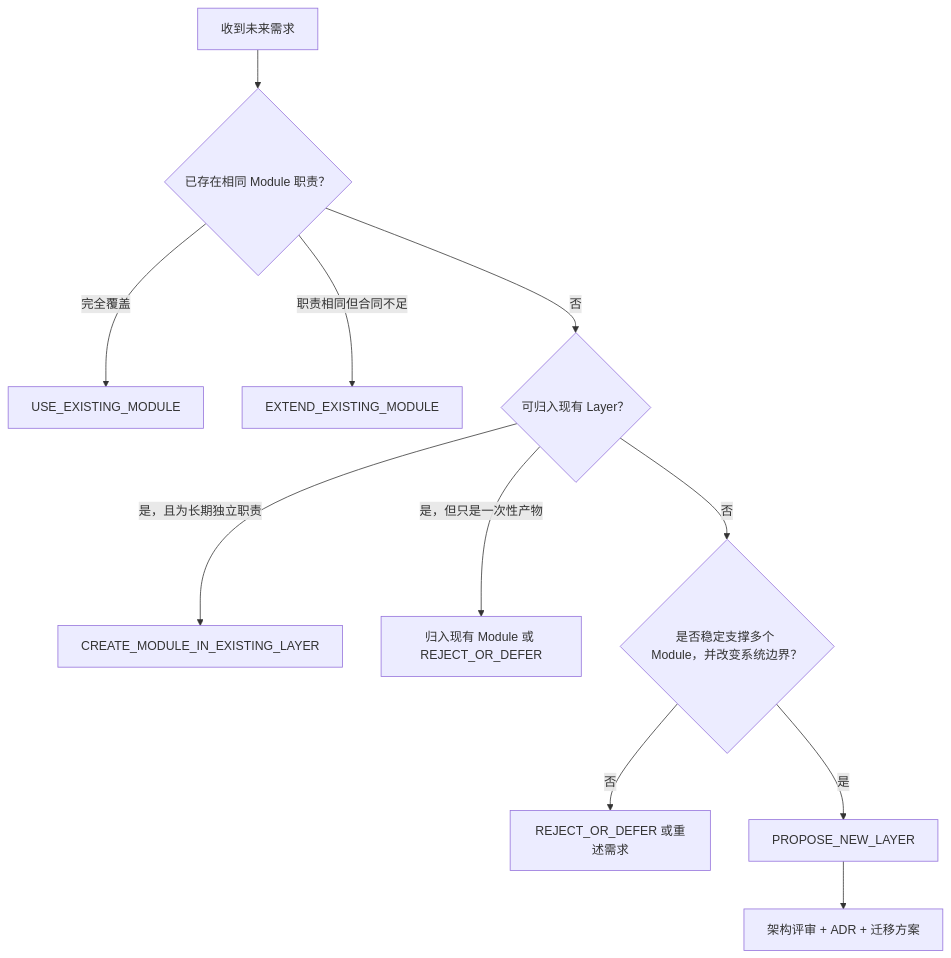
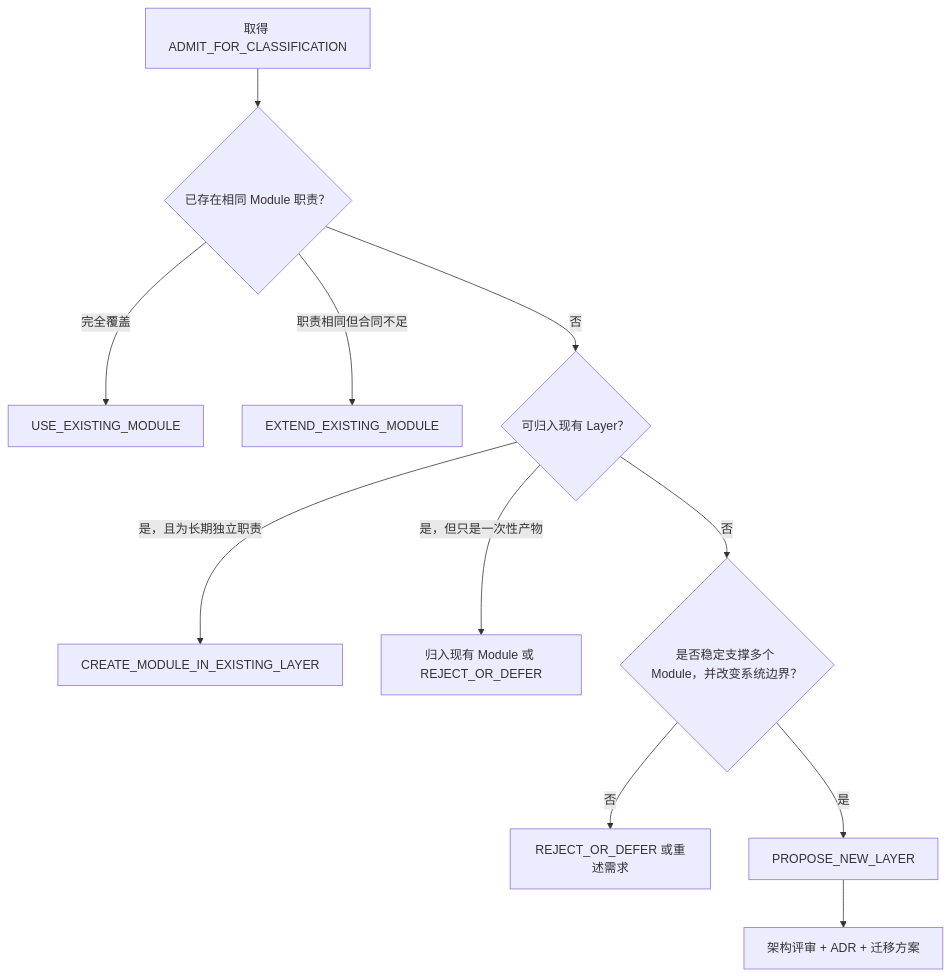
Before and after one commit to zwzhi/AI-CTO-System: the diagram in docs/architecture/FEATURE_CLASSIFICATION_RULES.md, drawn with Mermaid. The commit also changed other lines of this file and 12 other files, not shown here.

````diff
--- a/docs/architecture/FEATURE_CLASSIFICATION_RULES.md
+++ b/docs/architecture/FEATURE_CLASSIFICATION_RULES.md
@@ -39,13 +42,13 @@
 ```mermaid
 flowchart TD
-    A["收到未来需求"] --> B{"已存在相同 Module 职责？"}
+    A["取得 ADMIT_FOR_CLASSIFICATION"] --> B{"已存在相同 Module 职责？"}
     B -->|"完全覆盖"| C["USE_EXISTING_MODULE"]
     B -->|"职责相同但合同不足"| D["EXTEND_EXISTING_MODULE"]
     B -->|"否"| E{"可归入现有 Layer？"}
     E -->|"是，且为长期独立职责"| F["CREATE_MODULE_IN_EXISTING_LAYER"]
     E -->|"是，但只是一次性产物"| G["归入现有 Module 或 REJECT_OR_DEFER"]
     E -->|"否"| H{"是否稳定支撑多个 Module，并改变系统边界？"}
     H -->|"否"| I["REJECT_OR_DEFER 或重述需求"]
     H -->|"是"| J["PROPOSE_NEW_LAYER"]
     J --> K["架构评审 + ADR + 迁移方案"]
 ```
````
